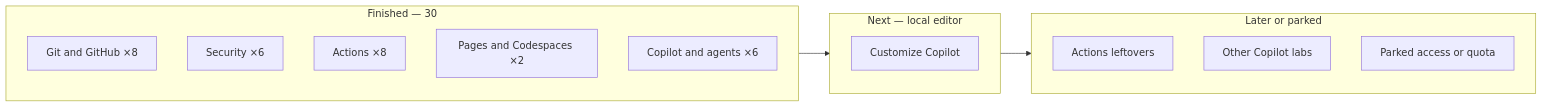
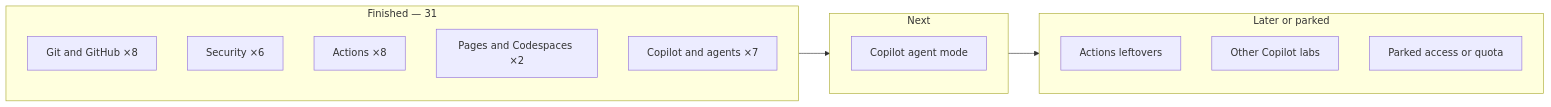
One commit to blackhebrewisraeli/github-skills-journey changed the diagram in ROADMAP.md. Above: the diagram before and after it, drawn with Mermaid. The commit also changed other lines of this file and 3 other files, not shown here.

First line of the commit message:
Log Customize Copilot as finished (31/40) and queue agent mode.

````diff
--- a/ROADMAP.md
+++ b/ROADMAP.md
@@ -11,20 +11,20 @@
 ```mermaid
 flowchart LR
-    subgraph done [Finished — 30]
+    subgraph done [Finished — 31]
         G[Git and GitHub ×8]
         S[Security ×6]
         A[Actions ×8]
         P[Pages and Codespaces ×2]
-        C[Copilot and agents ×6]
+        C[Copilot and agents ×7]
     end
-    subgraph next [Next — local editor]
-        CU[Customize Copilot]
+    subgraph next [Next]
+        AM[Copilot agent mode]
     end
     subgraph later [Later or parked]
         QA[Actions leftovers]
         AI[Other Copilot labs]
         PR[Parked access or quota]
     end
     done --> next
     next --> later
 ```
````
